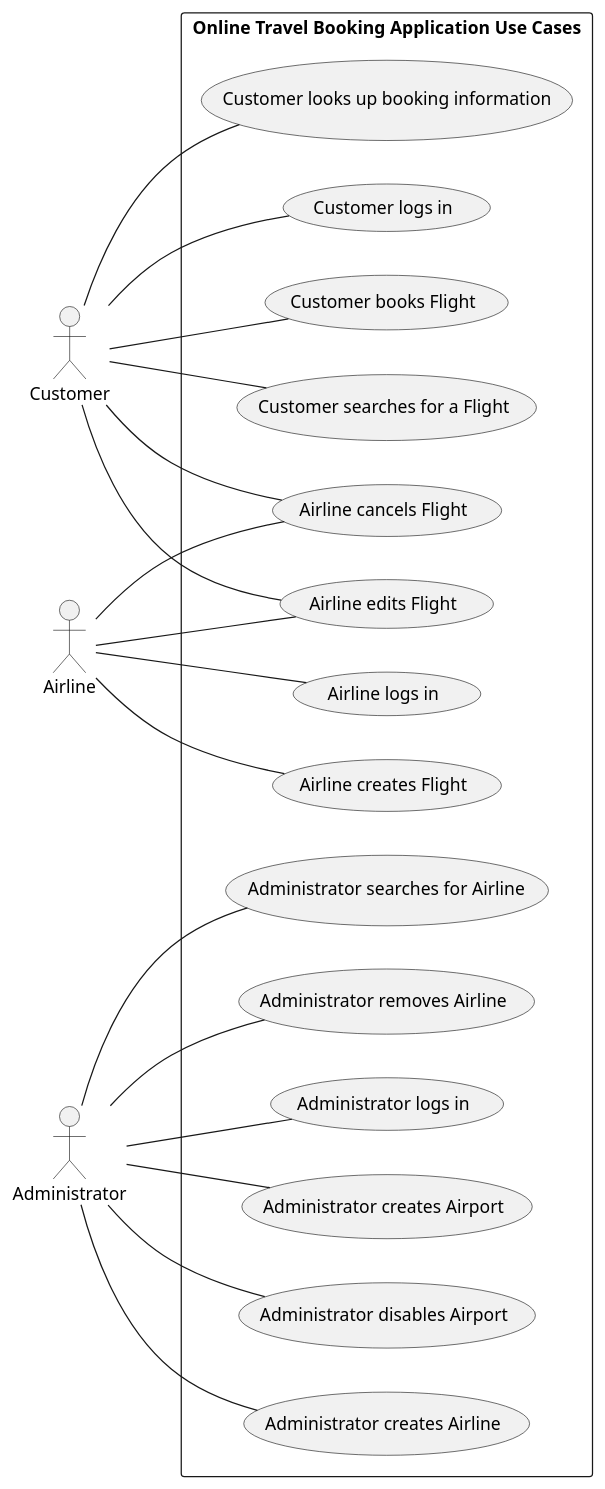
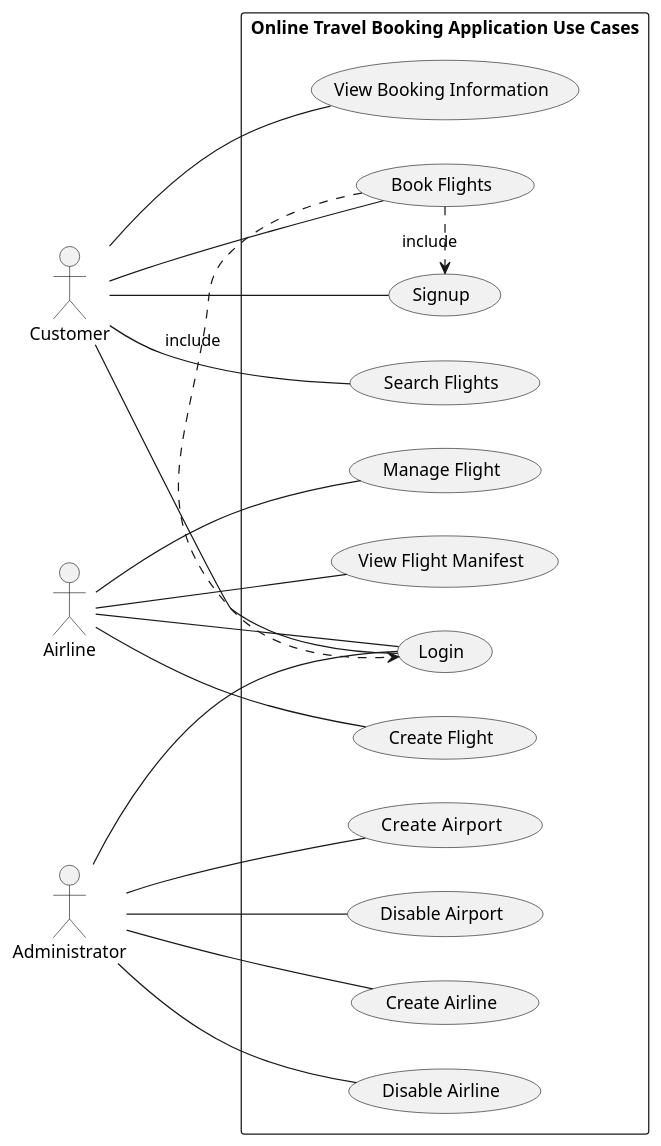
The diagram in docs/part1/usecase.puml (SWEN900072021/2Pizzas), drawn with PlantUML before and after one commit. The commit also changed 1 other file, not shown here.

Commit message:
Update Flight.java and usecase.puml

```diff
--- a/docs/part1/usecase.puml
+++ b/docs/part1/usecase.puml
@@ -1,42 +1,40 @@
 @startuml
 
 actor :Customer: as c
 actor :Airline: as ar
 actor :Administrator: as ad
 
 rectangle "Online Travel Booking Application Use Cases" {
   left to right direction
-  (Administrator logs in) as u1
-  (Administrator creates Airport) as u2
-  (Administrator disables Airport) as u3
-  (Administrator creates Airline) as u4
-  (Administrator searches for Airline) as u5
-  (Administrator removes Airline) as u6
-  (Airline logs in) as u12
-  (Airline creates Flight) as u7
-  (Airline cancels Flight) as u8
-  (Airline edits Flight) as u9
-  (Customer books Flight) as u10
-  (Customer searches for a Flight) as u11
-  (Customer looks up booking information) as u13
-  (Customer logs in) as u14
+  (Login) as u1
+  (Create  Airport) as u2
+  (Disable Airport) as u3
+  (Create Airline) as u4
+  (Disable Airline) as u5
+  (Create Flight) as u7
+  (Manage Flight) as u8
+  (View Flight Manifest) as u9
+  (Book Flights) as u10
+  (Search Flights) as u11
+  (View Booking Information) as u12
+  (Signup) as u13
 
   ad -- u1
+  ar -- u1
+  c -- u1
   ad -- u2
   ad -- u3
   ad -- u4
   ad -- u5
-  ad -- u6
-  ar -- u12
   ar -- u7
   ar -- u8
   ar -- u9
   c -- u10
   c -- u11
-  c -- u8
-  c -- u9
+  c -- u12
   c -- u13
-  c -- u14
+  u10 .> u13: include 
+  u10 .> u1: include 
 }
 
 @enduml
```
